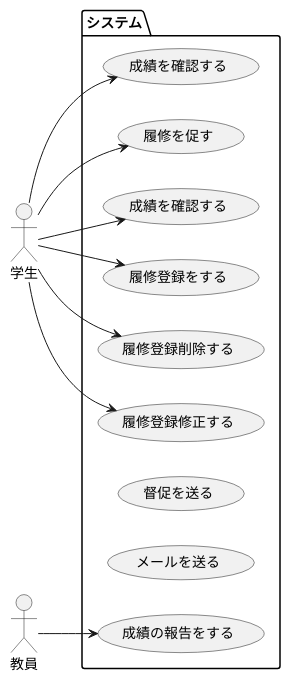
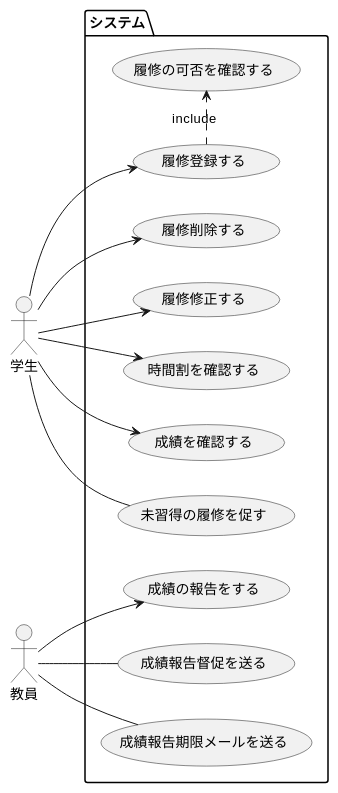
Before and after one commit to tanusai646/software-desine: the diagram in uml/15/usecase.puml, drawn with PlantUML.

Commit message:
レビュー結果

```diff
--- a/uml/15/usecase.puml
+++ b/uml/15/usecase.puml
@@ -1,34 +1,38 @@
 @startuml ユースケース図1
 left to right direction
 
 'アクター'
 :学生: as A1
 :教員: as A2
 ':事務: as A3'
 
 'ユースケース'
 package システム{
-    (履修登録をする) as U1
-    (履修登録削除する) as U2
-    (履修登録修正する) as U3
+    (履修登録する) as U1
+    (履修削除する) as U2
+    (履修修正する) as U3
     (時間割を確認する) as U4
-    (成績を確認する) as U4
-    (履修を促す) as U5
+    (成績を確認する) as U10
+    (未習得の履修を促す) as U5
     (成績の報告をする) as U6
-    (督促を送る) as U7
-    (メールを送る) as U8
-    (成績を確認する) as U9
+    (成績報告督促を送る) as U7
+    (成績報告期限メールを送る) as U8
+    (履修の可否を確認する) as U9
 }
 
 '関係'
 A1 --> U1
 A1 --> U2
 A1 --> U3
 A1 --> U4
-A1 --> U5
-A1 --> U9
+A1 --> U10
+
+U1 .> U9 : include
 
 A2 --> U6
+A1 -- U5
 
+A2 -- U7
+A2 -- U8
 
 @enduml
```
